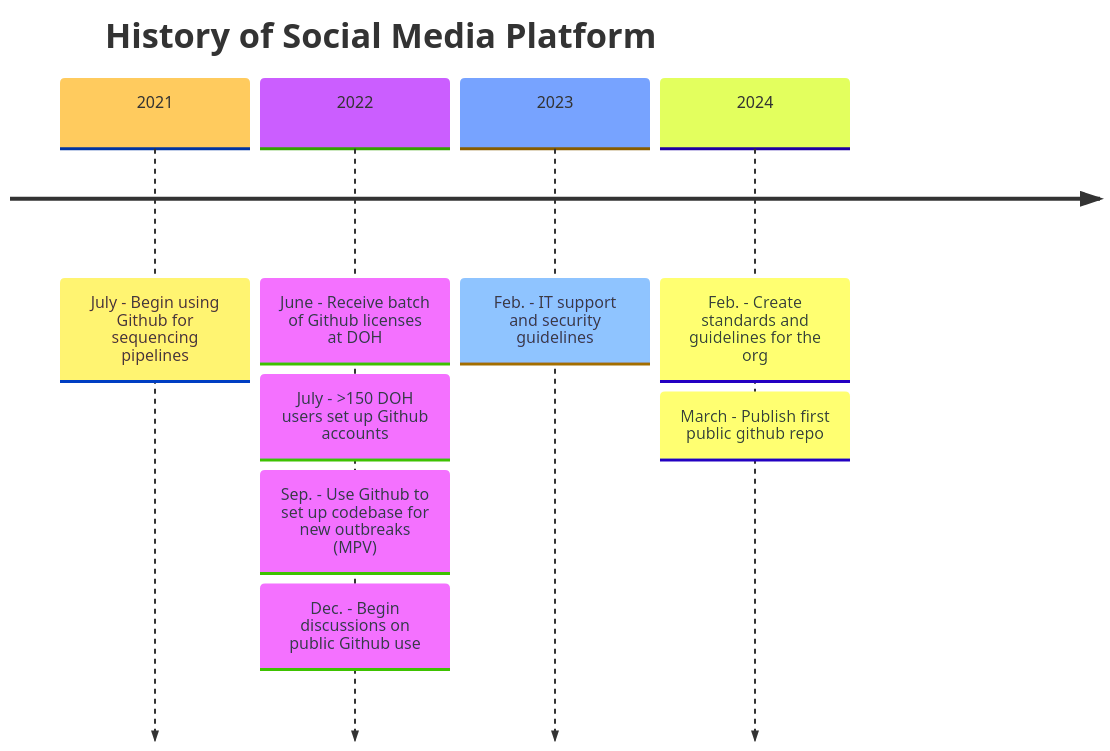
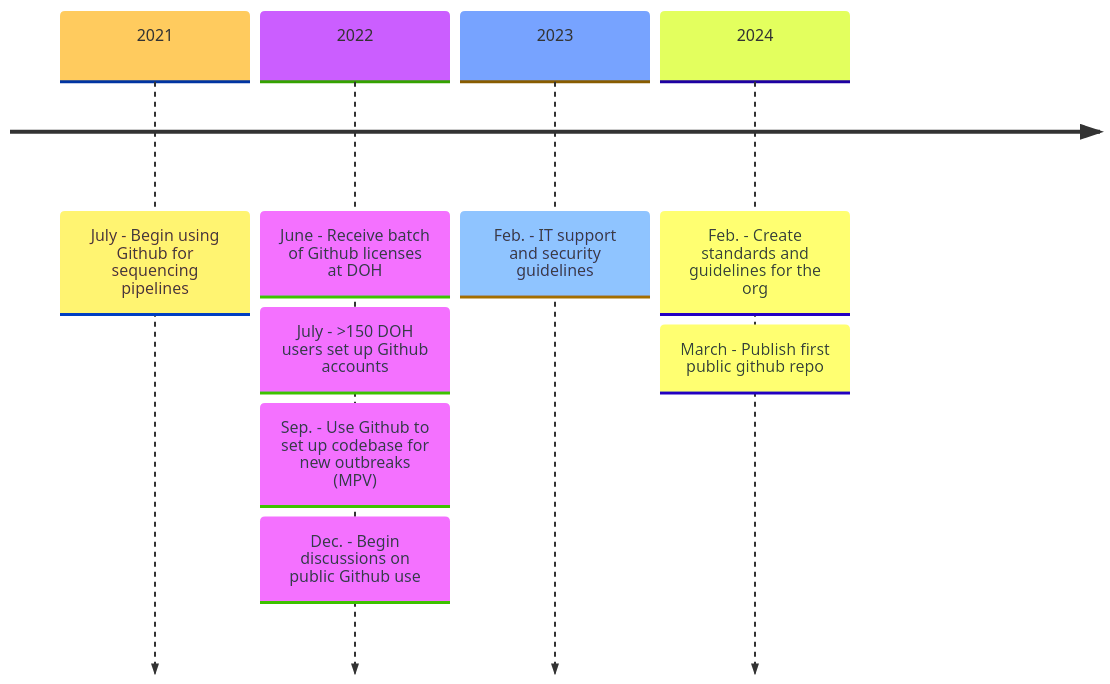
The diagram in index.qmd (coe-test-org/public_gh_slides), drawn with Mermaid before and after one commit. The commit also changed other lines of this file and 1 other file, not shown here.

Commit message:
add mermaid plot

````diff
--- a/index.qmd
+++ b/index.qmd
@@ -25,13 +24,15 @@
 ```{mermaid}
+%%| eval: true
+%%| echo: false
+%%| fig-height: 7
 %%{init: { 'logLevel': 'debug', 'theme': 'base' } }%%
-    timeline
-        title History of Social Media Platform
-          2021 : July - Begin using Github for sequencing pipelines
-          2022 : June - Receive batch of Github licenses at DOH
-               : July - >150 DOH users set up Github accounts
-               : Sep. - Use Github to set up codebase for new outbreaks (MPV)
-               : Dec. - Begin discussions on public Github use
-          2023 : Feb. - IT support and security guidelines
-          2024 : Feb. - Create standards and guidelines for the org
-               : March - Publish first public github repo
+timeline
+      2021 : July - Begin using Github for sequencing pipelines
+      2022 : June - Receive batch of Github licenses at DOH
+           : July - >150 DOH users set up Github accounts
+           : Sep. - Use Github to set up codebase for new outbreaks (MPV)
+           : Dec. - Begin discussions on public Github use
+      2023 : Feb. - IT support and security guidelines
+      2024 : Feb. - Create standards and guidelines for the org
+           : March - Publish first public github repo
 ```
````
